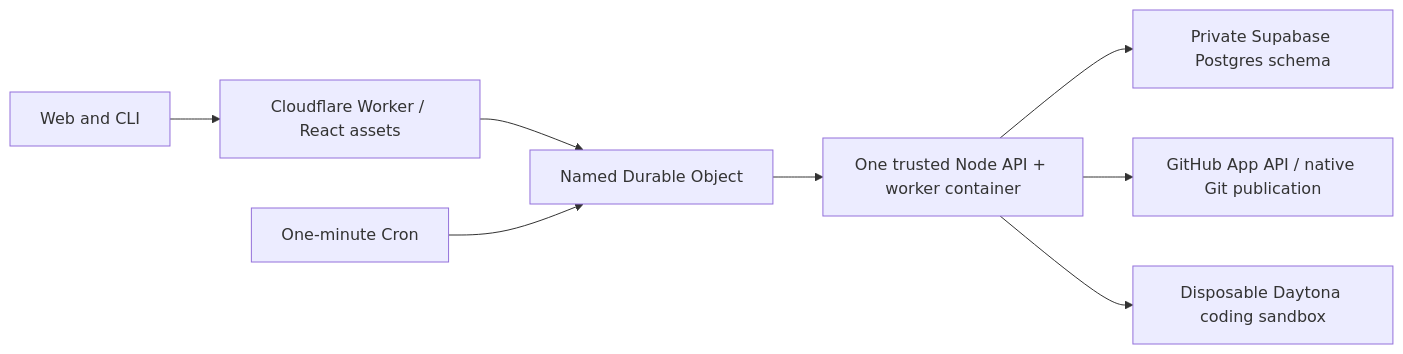
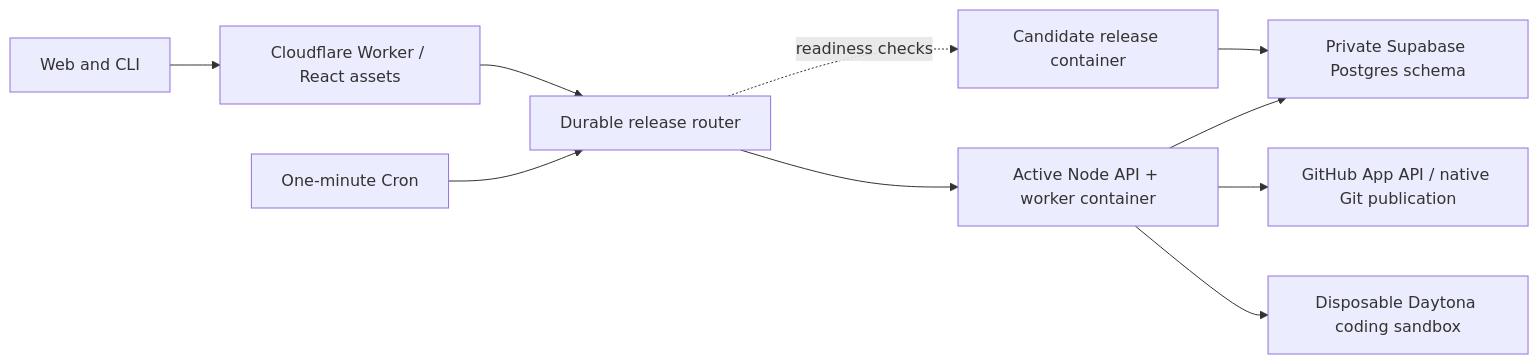
The diagram in docs/cloudflare-deployment.md (cmraible/herbie), drawn with Mermaid before and after one commit. The commit also changed other lines of this file and 10 other files, not shown here.

Commit message:
Keep the serving release available during container deployments

````diff
--- a/docs/cloudflare-deployment.md
+++ b/docs/cloudflare-deployment.md
@@ -10,10 +10,12 @@
 ```mermaid
 flowchart LR
   Clients[Web and CLI] --> Edge[Cloudflare Worker / React assets]
-  Edge --> DO[Named Durable Object]
-  Cron[One-minute Cron] --> DO
-  DO --> Node[One trusted Node API + worker container]
+  Edge --> Router[Durable release router]
+  Cron[One-minute Cron] --> Router
+  Router --> Node[Active Node API + worker container]
+  Router -. readiness checks .-> Candidate[Candidate release container]
+  Candidate --> PG
   Node --> PG[Private Supabase Postgres schema]
   Node --> GH[GitHub App API / native Git publication]
   Node --> Daytona[Disposable Daytona coding sandbox]
 ```
````
